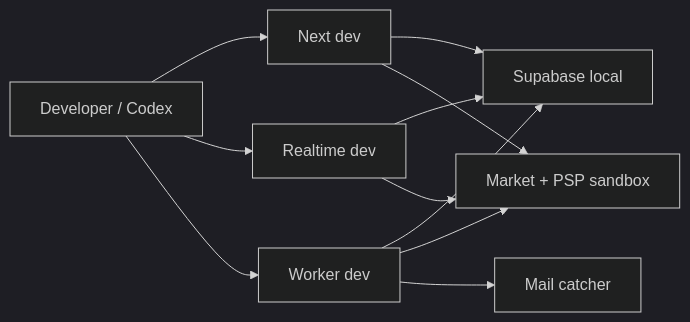
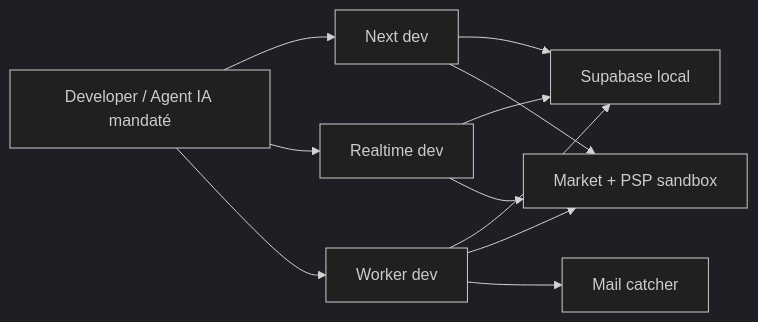
The eighth of 8 diagrams in docs/06-engineering/WARIBA_System_Architecture_v1.0.md (rodthenewcomer/wariba-platform), drawn with Mermaid (dark theme) before and after one commit. The commit also changed other lines of this file and 101 other files, not shown here.

````diff
--- a/docs/06-engineering/WARIBA_System_Architecture_v1.0.md
+++ b/docs/06-engineering/WARIBA_System_Architecture_v1.0.md
@@ -2911,21 +2926,21 @@
 ```mermaid
 flowchart LR
-    Dev[Developer / Codex]
+    Dev[Developer / Agent IA mandaté]
     Web[Next dev]
     RT[Realtime dev]
     WK[Worker dev]
     SB[Supabase local]
     Mail[Mail catcher]
     Sandbox[Market + PSP sandbox]
 
     Dev --> Web
     Dev --> RT
     Dev --> WK
     Web --> SB
     RT --> SB
     WK --> SB
     RT --> Sandbox
     Web --> Sandbox
     WK --> Sandbox
     WK --> Mail
 ```
````
